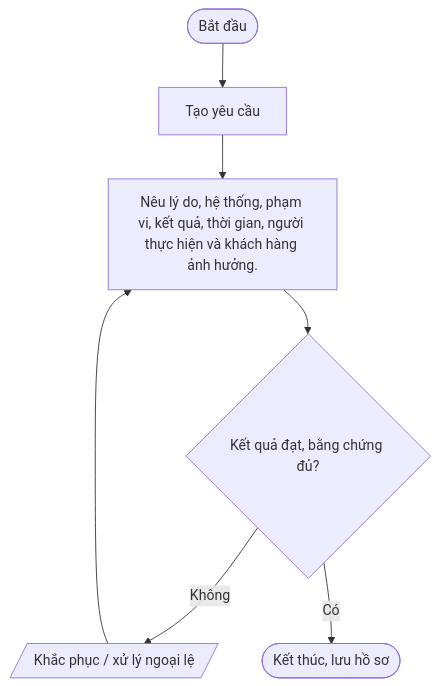
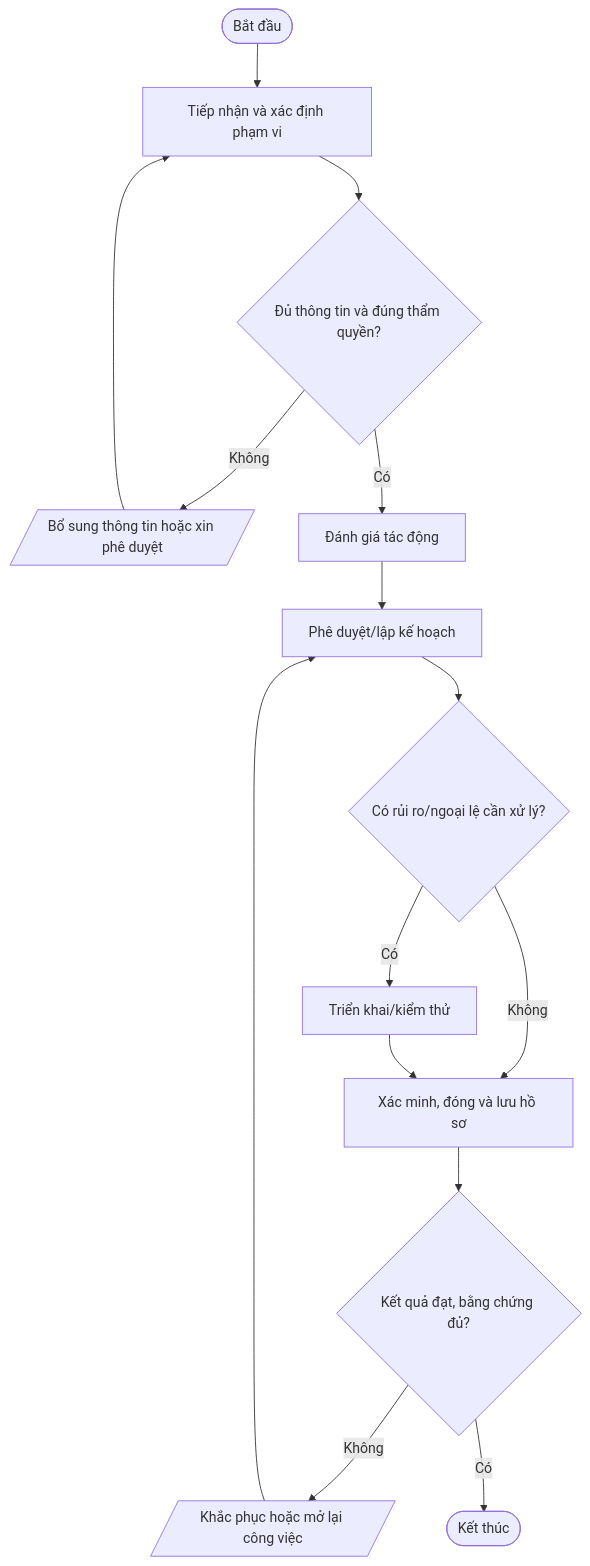
Before and after one commit to daoaigiangnam/Quy_Trinh_Chuan: the sixth of 9 diagrams in quy-trinh/02-Van-hanh-IT/README.md, drawn with Mermaid. The commit also changed other lines of this file, not shown here.

Commit message:
docs: refine detailed procedure steps and Mermaid flowcharts

````diff
--- a/quy-trinh/02-Van-hanh-IT/README.md
+++ b/quy-trinh/02-Van-hanh-IT/README.md
@@ -402,11 +495,17 @@
 ```mermaid
 flowchart TD
-  A([Bắt đầu]) --> S1
-  S1["Tạo yêu cầu"]
-  S2["Nêu lý do, hệ thống, phạm vi, kết quả, thời gian, người thực hiện và khách hàng ảnh hưởng."]
-  S1 --> S2
-  S2 --> D2{"Kết quả đạt, bằng chứng đủ?"}
-  D2 -- Không --> REWORK[/"Khắc phục / xử lý ngoại lệ"/]
-  REWORK --> S2
-  D2 -- Có --> Z([Kết thúc, lưu hồ sơ])
+  A([Bắt đầu]) --> S1["Tiếp nhận và xác định phạm vi"]
+  S1 --> D1{"Đủ thông tin và đúng thẩm quyền?"}
+  D1 -- Không --> F1[/"Bổ sung thông tin hoặc xin phê duyệt"/]
+  F1 --> S1
+  D1 -- Có --> S2["Đánh giá tác động"]
+  S2 --> S3["Phê duyệt/lập kế hoạch"]
+  S3 --> D2{"Có rủi ro/ngoại lệ cần xử lý?"}
+  D2 -- Có --> S4["Triển khai/kiểm thử"]
+  D2 -- Không --> S5["Xác minh, đóng và lưu hồ sơ"]
+  S4 --> S5
+  S5 --> D3{"Kết quả đạt, bằng chứng đủ?"}
+  D3 -- Không --> R[/"Khắc phục hoặc mở lại công việc"/]
+  R --> S3
+  D3 -- Có --> Z([Kết thúc])
 ```
````
